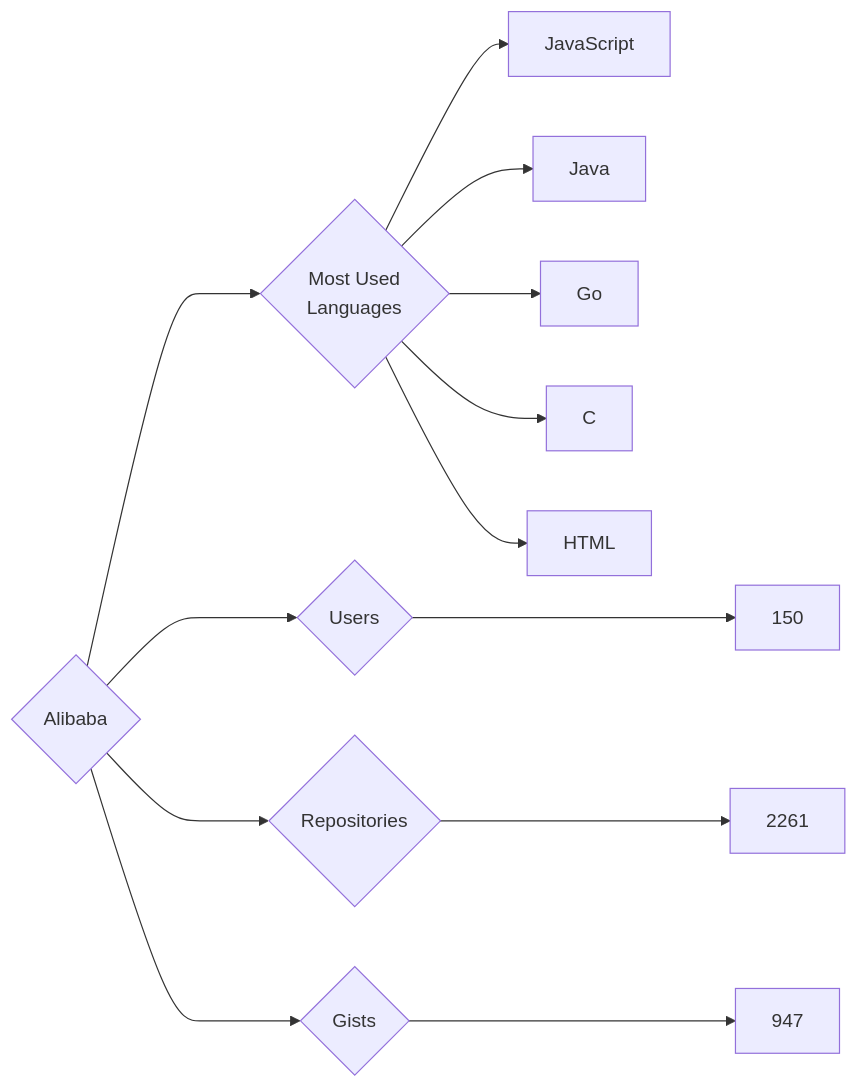
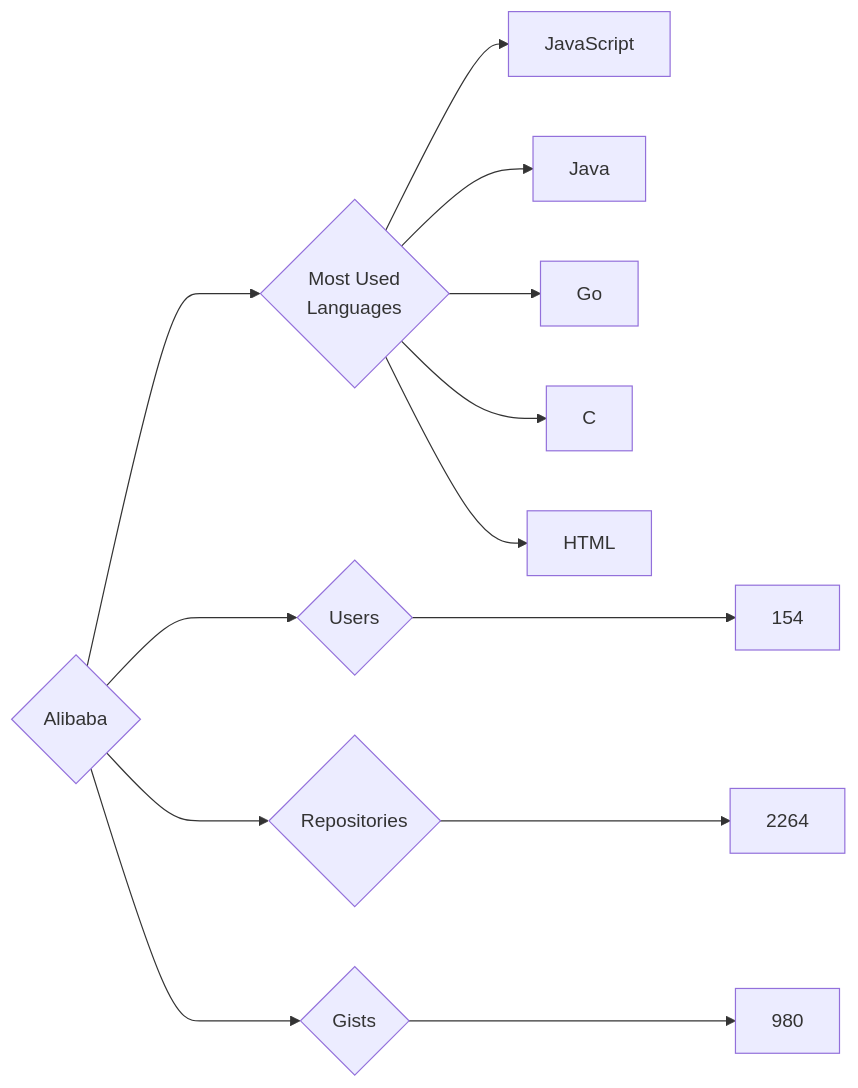
Before and after one commit to trickest/insiders: the diagram in targets/Alibaba/README.md, drawn with Mermaid. The commit also changed 757 other files, not shown here.

````diff
--- a/targets/Alibaba/README.md
+++ b/targets/Alibaba/README.md
@@ -3,13 +3,13 @@
 ```mermaid
 graph LR
 COMPANY_NAME{Alibaba}
-COMPANY_NAME ---> U{Users} ---> UN[150]
-COMPANY_NAME ---> R{Repositories} ---> RN[2261]
-COMPANY_NAME ---> G{Gists} ---> GN[947]
+COMPANY_NAME ---> U{Users} ---> UN[154]
+COMPANY_NAME ---> R{Repositories} ---> RN[2264]
+COMPANY_NAME ---> G{Gists} ---> GN[980]
 COMPANY_NAME ---> ML{Most Used<br>Languages}
 ML --> JavaScript[JavaScript]
 ML --> Java[Java]
 ML --> Go[Go]
 ML --> C[C]
 ML --> HTML[HTML]
 ```
````
